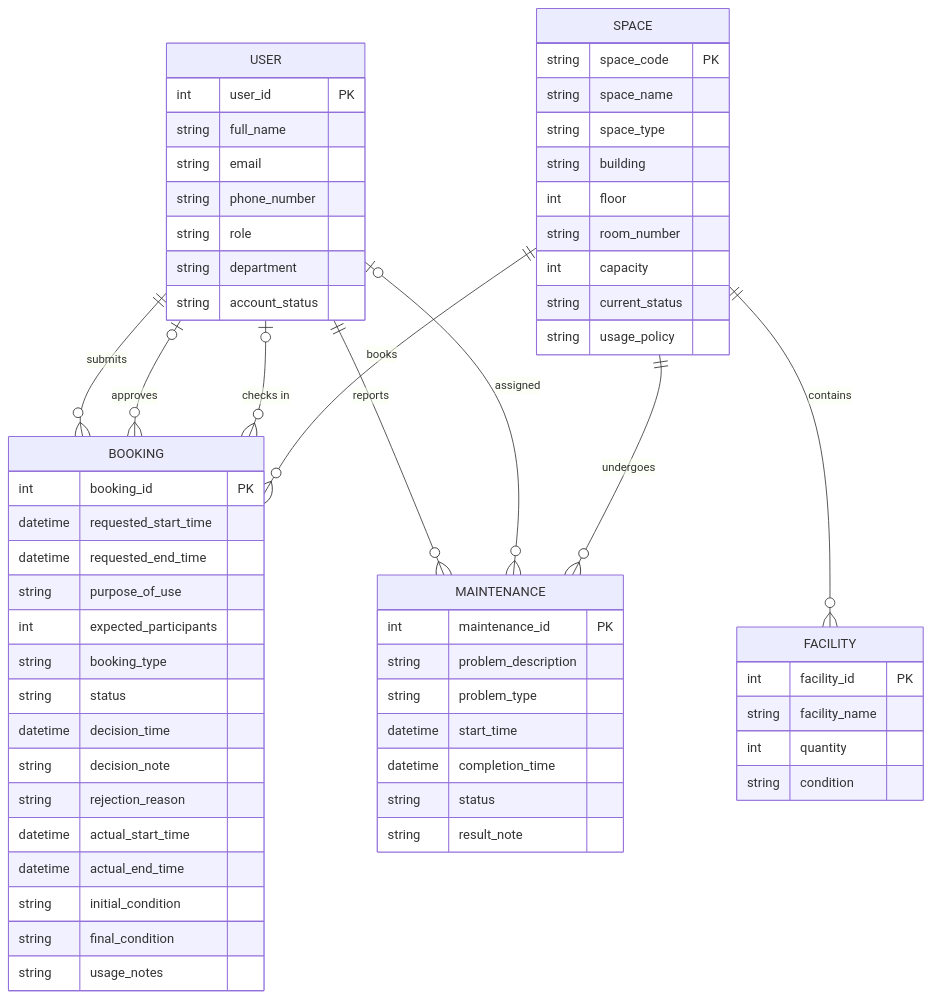
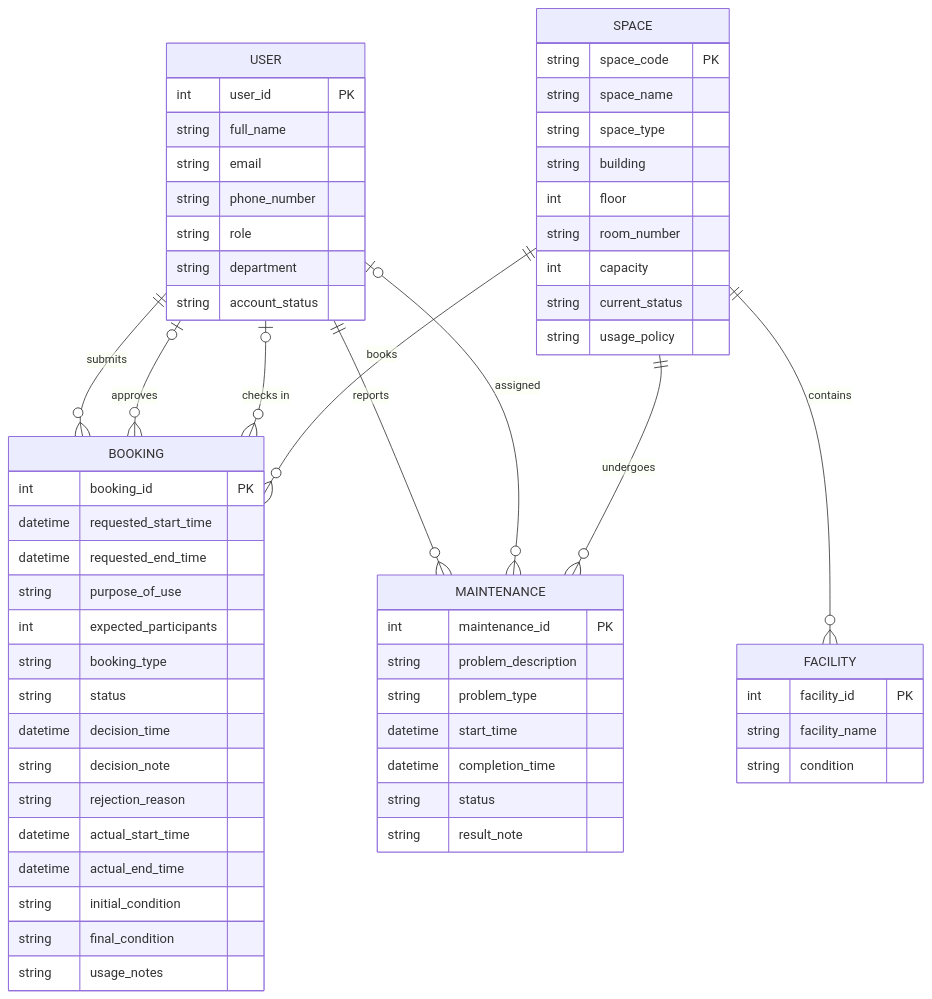
One commit to S-y-r-u/project-DB changed the diagram in 02-conceptual-design-erd-G01.md. Above: the diagram before and after it, drawn with Mermaid. The commit also changed other lines of this file, not shown here.

First line of the commit message:
Refine ERD descriptions and relationships

````diff
--- a/02-conceptual-design-erd-G01.md
+++ b/02-conceptual-design-erd-G01.md
@@ -5,68 +5,67 @@
 ```mermaid
 erDiagram
     USER {
         int user_id PK
         string full_name
         string email
         string phone_number
         string role
         string department
         string account_status
     }
 
     SPACE {
         string space_code PK
         string space_name
         string space_type
         string building
         int floor
         string room_number
         int capacity
         string current_status
         string usage_policy
     }
 
     FACILITY {
         int facility_id PK
         string facility_name
-        int quantity
         string condition
     }
 
     BOOKING {
         int booking_id PK
         datetime requested_start_time
         datetime requested_end_time
         string purpose_of_use
         int expected_participants
         string booking_type
         string status
         datetime decision_time
         string decision_note
         string rejection_reason
         datetime actual_start_time
         datetime actual_end_time
         string initial_condition
         string final_condition
         string usage_notes
     }
 
     MAINTENANCE {
         int maintenance_id PK
         string problem_description
         string problem_type
         datetime start_time
         datetime completion_time
         string status
         string result_note
     }
 
     USER ||--o{ BOOKING : "submits"
     USER |o--o{ BOOKING : "approves"
     USER |o--o{ BOOKING : "checks in"
     USER ||--o{ MAINTENANCE : "reports"
     USER |o--o{ MAINTENANCE : "assigned"
     SPACE ||--o{ BOOKING : "books"
     SPACE ||--o{ FACILITY : "contains"
     SPACE ||--o{ MAINTENANCE : "undergoes"
 ```
````
